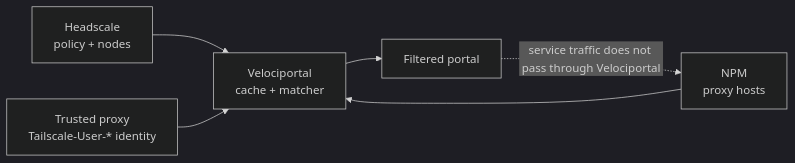
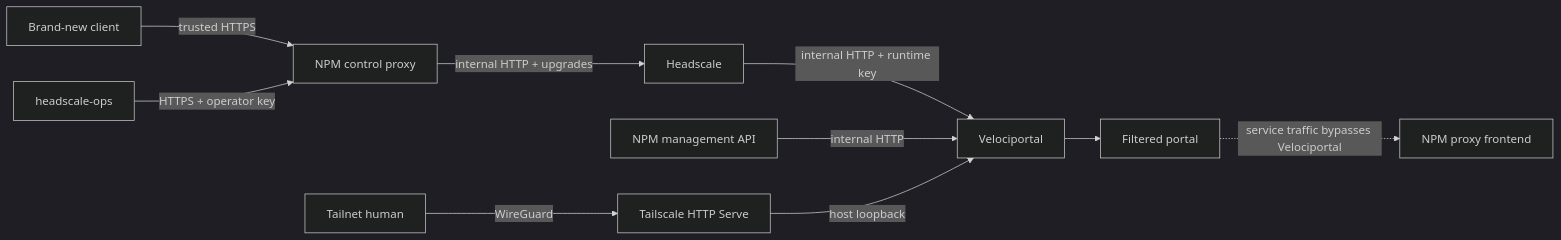
One commit to cybersader/velociportal changed the diagram in docs/guides/headscale-npm.md. Above: the diagram before and after it, drawn with Mermaid (dark theme). The commit also changed other lines of this file and 51 other files, not shown here.

Commit message:
Implement tailnet-native private transport architecture

````diff
--- a/docs/guides/headscale-npm.md
+++ b/docs/guides/headscale-npm.md
@@ -10,8 +10,12 @@
 ```mermaid
 flowchart LR
-    HS["Headscale<br/>policy + nodes"] --> VP["Velociportal<br/>cache + matcher"]
-    NPM["NPM<br/>proxy hosts"] --> VP
-    Serve["Trusted proxy<br/>Tailscale-User-* identity"] --> VP
+    Client["Brand-new client"] -->|"trusted HTTPS"| NPMControl["NPM control proxy"]
+    NPMControl -->|"internal HTTP + upgrades"| HS["Headscale"]
+    Ops["headscale-ops"] -->|"HTTPS + operator key"| NPMControl
+    HS -->|"internal HTTP + runtime key"| VP["Velociportal"]
+    NPMAPI["NPM management API"] -->|"internal HTTP"| VP
+    Human["Tailnet human"] -->|"WireGuard"| Serve["Tailscale HTTP Serve"]
+    Serve -->|"host loopback"| VP
     VP --> Browser["Filtered portal"]
-    Browser -. "service traffic does not pass through Velociportal" .-> NPM
+    Browser -. "service traffic bypasses Velociportal" .-> NPMFrontend["NPM proxy frontend"]
 ```
````
